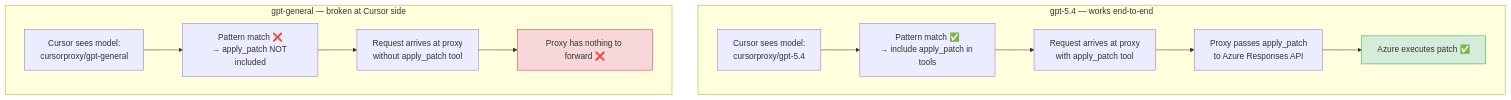
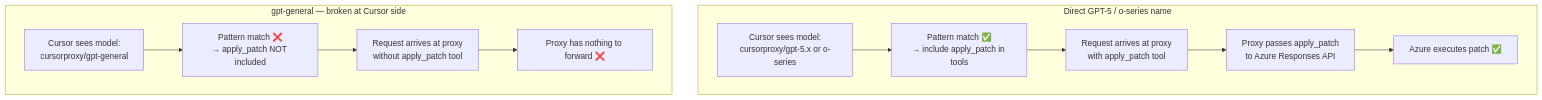
One commit to lqdflying/cursorProxy changed the first of 3 diagrams in doc/known-issues.md. Above: the diagram before and after it, drawn with Mermaid. The commit also changed other lines of this file and 7 other files, not shown here.

````diff
--- a/doc/known-issues.md
+++ b/doc/known-issues.md
@@ -55,22 +55,19 @@
 ```mermaid
 flowchart TD
-    subgraph "gpt-5.4 — works end-to-end"
-        A1["Cursor sees model:\ncursorproxy/gpt-5.4"]
+    subgraph "Direct GPT-5 / o-series name"
+        A1["Cursor sees model:\ncursorproxy/gpt-5.x or o-series"]
         A2["Pattern match ✅\n→ include apply_patch in tools"]
         A3["Request arrives at proxy\nwith apply_patch tool"]
         A4["Proxy passes apply_patch\nto Azure Responses API"]
         A5["Azure executes patch ✅"]
         A1 --> A2 --> A3 --> A4 --> A5
     end
 
     subgraph "gpt-general — broken at Cursor side"
         B1["Cursor sees model:\ncursorproxy/gpt-general"]
         B2["Pattern match ❌\n→ apply_patch NOT included"]
         B3["Request arrives at proxy\nwithout apply_patch tool"]
         B4["Proxy has nothing to forward ❌"]
         B1 --> B2 --> B3 --> B4
     end
-
-    style A5 fill:#d4edda,stroke:#28a745
-    style B4 fill:#f8d7da,stroke:#dc3545
 ```
````
